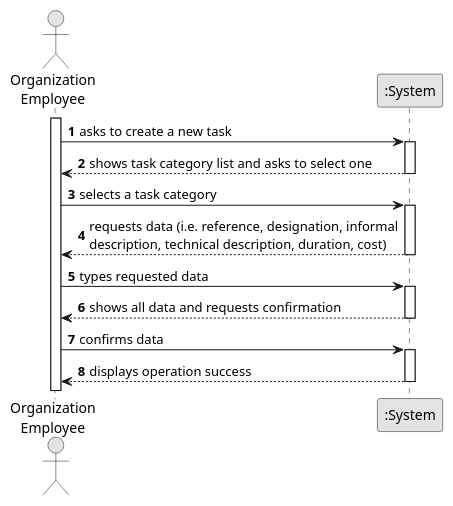
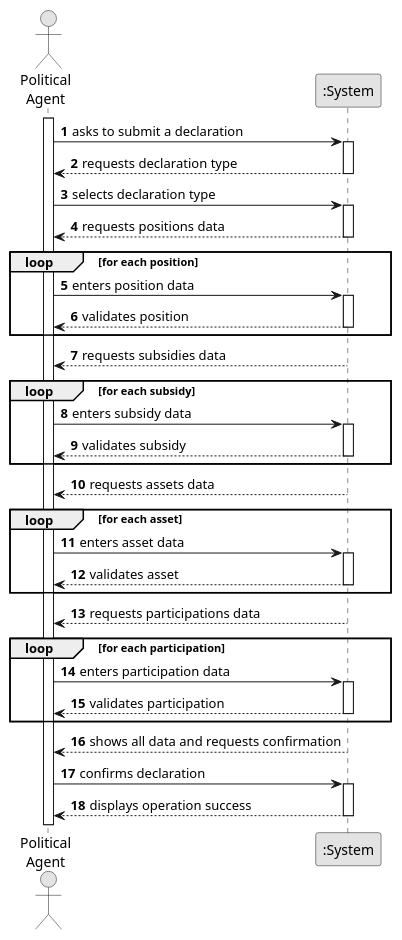
The diagram in docs/system-documentation/US06/01.requirements-engineering/puml/US006-SSD.puml (Departamento-de-Engenharia-Informatica/sem2-pi-25-26-g096-repo), drawn with PlantUML before and after one commit. The commit also changed 1 other file, not shown here.

Commit message:
US06 (Code) - Enhance SSD diagram to include full interaction flow and confirmation step [#27]

```diff
--- a/docs/system-documentation/US06/01.requirements-engineering/puml/US006-SSD.puml
+++ b/docs/system-documentation/US06/01.requirements-engineering/puml/US006-SSD.puml
@@ -1,36 +1,67 @@
 @startuml
 skinparam monochrome true
 skinparam packageStyle rectangle
 skinparam shadowing false
 
 autonumber
 
-actor "Organization\nEmployee" as Employee
+actor "Political\nAgent" as PoliticalAgent
 participant ":System" as System
 
-activate Employee
+activate PoliticalAgent
 
-    Employee -> System : asks to create a new task
+PoliticalAgent -> System : asks to submit a declaration
+activate System
+
+System --> PoliticalAgent : requests declaration type
+deactivate System
+
+PoliticalAgent -> System : selects declaration type
+activate System
+
+System --> PoliticalAgent : requests positions data
+deactivate System
+
+loop for each position
+    PoliticalAgent -> System : enters position data
     activate System
+    System --> PoliticalAgent : validates position
+    deactivate System
+end
 
-        System --> Employee : shows task category list and asks to select one
+System --> PoliticalAgent : requests subsidies data
+
+loop for each subsidy
+    PoliticalAgent -> System : enters subsidy data
+    activate System
+    System --> PoliticalAgent : validates subsidy
     deactivate System
+end
 
-    Employee -> System : selects a task category
+System --> PoliticalAgent : requests assets data
+
+loop for each asset
+    PoliticalAgent -> System : enters asset data
     activate System
+    System --> PoliticalAgent : validates asset
+    deactivate System
+end
 
-        System --> Employee : requests data (i.e. reference, designation, informal\ndescription, technical description, duration, cost)
+System --> PoliticalAgent : requests participations data
+
+loop for each participation
+    PoliticalAgent -> System : enters participation data
+    activate System
+    System --> PoliticalAgent : validates participation
     deactivate System
+end
 
-    Employee -> System : types requested data
-    activate System
+System --> PoliticalAgent : shows all data and requests confirmation
 
-        System --> Employee : shows all data and requests confirmation
-    deactivate System
+PoliticalAgent -> System : confirms declaration
+activate System
 
-    Employee -> System : confirms data
-    activate System
+System --> PoliticalAgent : displays operation success
+deactivate System
 
-        System --> Employee : displays operation success
-    deactivate System
 @enduml
```
